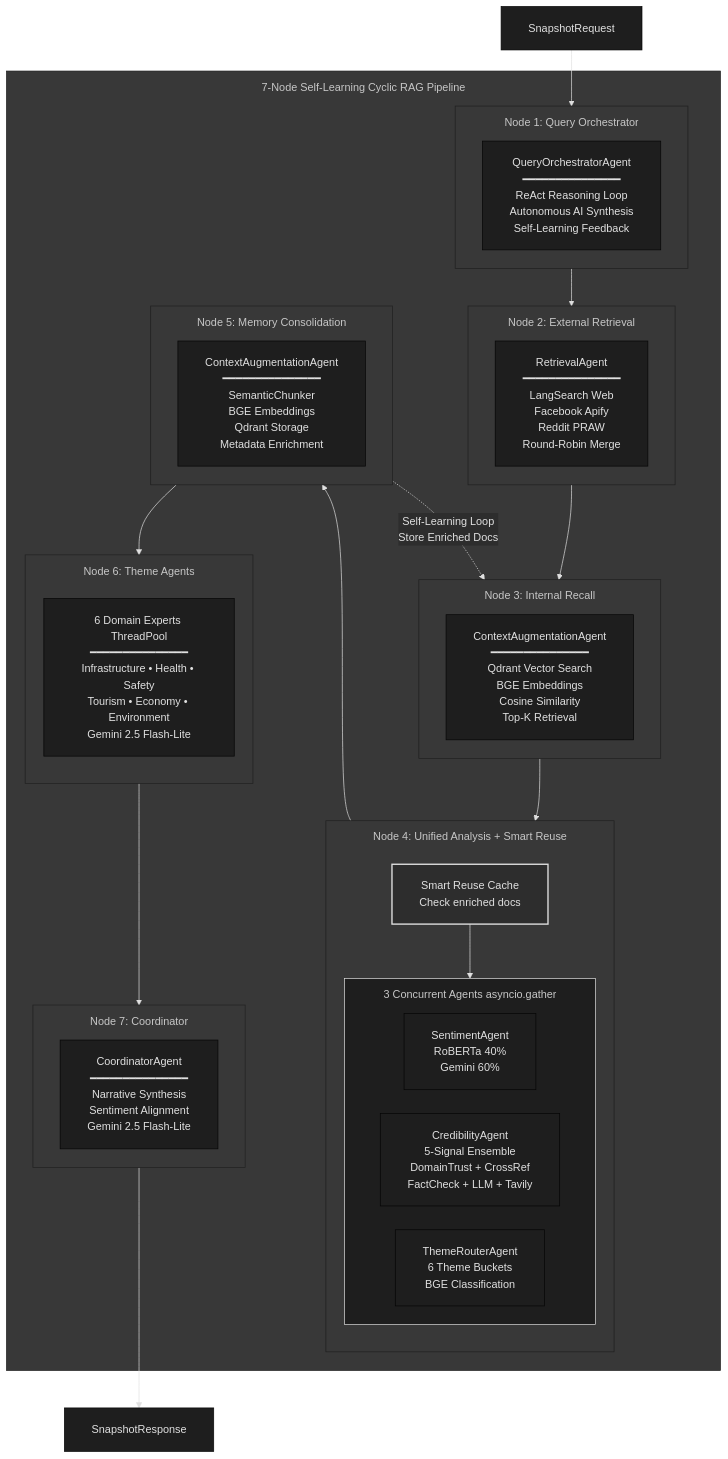
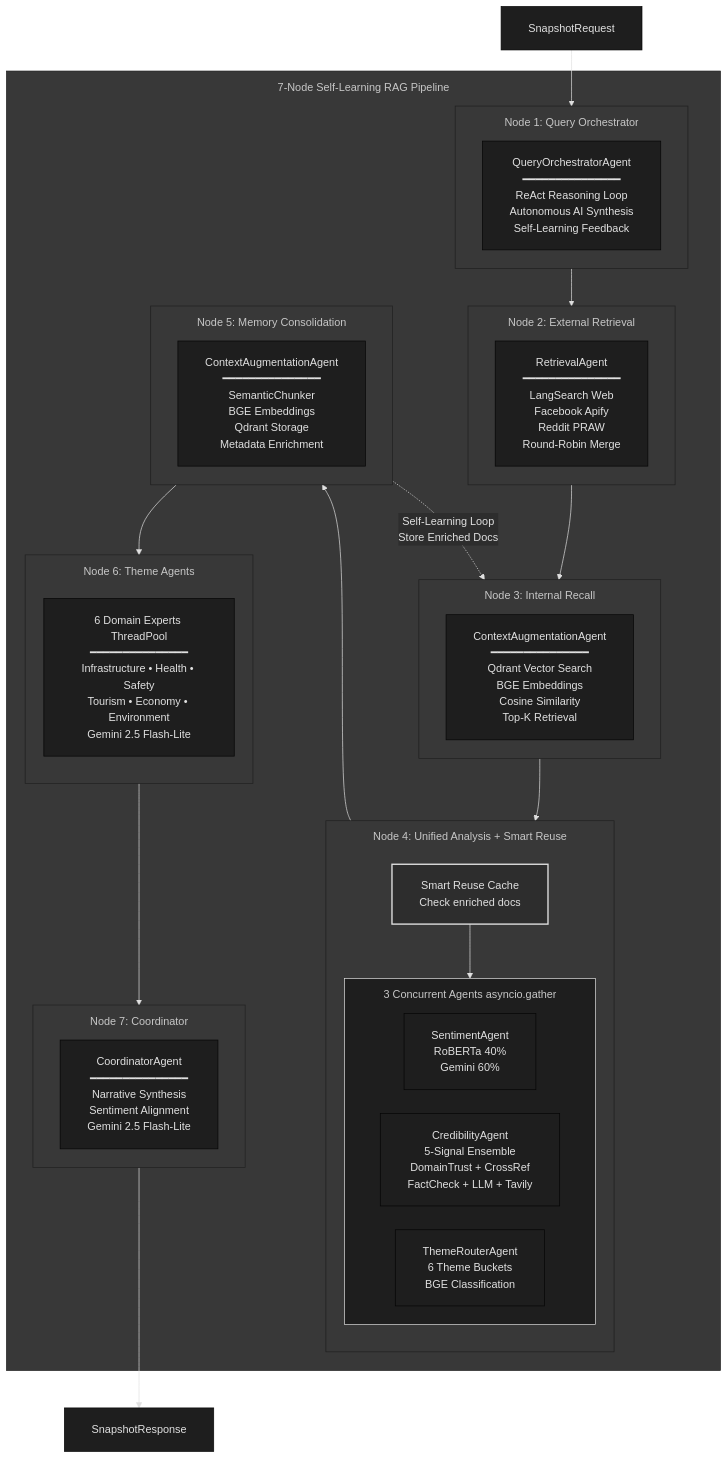
Before and after one commit to donyelqt/Hinaing: the second of 10 diagrams in docs/ARCHITECTURE.md, drawn with Mermaid. The commit also changed other lines of this file, not shown here.

````diff
--- a/docs/ARCHITECTURE.md
+++ b/docs/ARCHITECTURE.md
@@ -311,76 +311,76 @@
 ```mermaid
 %%{init: {'theme': 'base', 'themeVariables': { 
   'primaryColor': '#1e1e1e',
   'primaryTextColor': '#e0e0e0',
   'secondaryColor': '#2d2d2d',
   'tertiaryColor': '#383838',
   'primaryFontSize': '16px',
   'secondaryFontSize': '13px',
   'tertiaryFontSize': '11px',
   'lineColor': '#e0e0e0'
  }, 'flowchart': {
   'subGraphTitleMargin': { 'top': 12, 'bottom': 12 },
   'padding': 20,
   'nodeSpacing': 35,
   'rankSpacing': 55
  }}}%%
 flowchart TB
-    subgraph Pipeline["7-Node Self-Learning Cyclic RAG Pipeline"]
+    subgraph Pipeline["7-Node Self-Learning RAG Pipeline"]
         
         subgraph Node1["Node 1: Query Orchestrator"]
             QO[QueryOrchestratorAgent<br/>━━━━━━━━━━━━━━━<br/>ReAct Reasoning Loop<br/>Autonomous AI Synthesis<br/>Self-Learning Feedback]
         end
 
         subgraph Node2["Node 2: External Retrieval"]
             RA[RetrievalAgent<br/>━━━━━━━━━━━━━━━<br/>LangSearch Web<br/>Facebook Apify<br/>Reddit PRAW<br/>Round-Robin Merge]
         end
 
         subgraph Node3["Node 3: Internal Recall"]
             CTX[ContextAugmentationAgent<br/>━━━━━━━━━━━━━━━<br/>Qdrant Vector Search<br/>BGE Embeddings<br/>Cosine Similarity<br/>Top-K Retrieval]
         end
 
         subgraph Node4["Node 4: Unified Analysis + Smart Reuse"]
             direction TB
             Cache[Smart Reuse Cache<br/>Check enriched docs]
             
             subgraph Parallel["3 Concurrent Agents asyncio.gather"]
                 SA[SentimentAgent<br/>RoBERTa 40%<br/>Gemini 60%]
                 CA[CredibilityAgent<br/>5-Signal Ensemble<br/>DomainTrust + CrossRef<br/>FactCheck + LLM + Tavily]
                 TR[ThemeRouterAgent<br/>6 Theme Buckets<br/>BGE Classification]
             end
             
             Cache --> Parallel
         end
 
         subgraph Node5["Node 5: Memory Consolidation"]
             CTX2[ContextAugmentationAgent<br/>━━━━━━━━━━━━━━━<br/>SemanticChunker<br/>BGE Embeddings<br/>Qdrant Storage<br/>Metadata Enrichment]
         end
 
         subgraph Node6["Node 6: Theme Agents"]
             direction TB
             TA[6 Domain Experts ThreadPool<br/>━━━━━━━━━━━━━━━<br/>Infrastructure • Health • Safety<br/>Tourism • Economy • Environment<br/>Gemini 2.5 Flash-Lite]
         end
 
         subgraph Node7["Node 7: Coordinator"]
             COORD[CoordinatorAgent<br/>━━━━━━━━━━━━━━━<br/>Narrative Synthesis<br/>Sentiment Alignment<br/>Gemini 2.5 Flash-Lite]
         end
 
         %% Linear Flow
         Node1 --> Node2
         Node2 --> Node3
         Node3 --> Node4
         Node4 --> Node5
         Node5 --> Node6
         Node6 --> Node7
         
         %% Self-Learning Loop
         Node5 -.->|Self-Learning Loop<br/>Store Enriched Docs| Node3
     end
 
     %% External I/O
     Request[SnapshotRequest] --> Node1
     Node7 --> Response[SnapshotResponse]
 
     style Cache fill:#2d2d2d,stroke:#e0e0e0,stroke-width:2px
     style Parallel fill:#1e1e1e,stroke:#e0e0e0,stroke-width:1px
 ```
````
